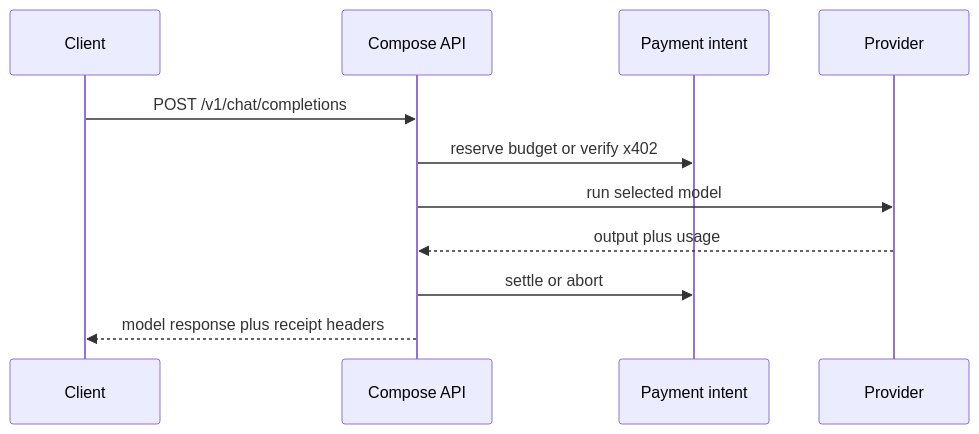
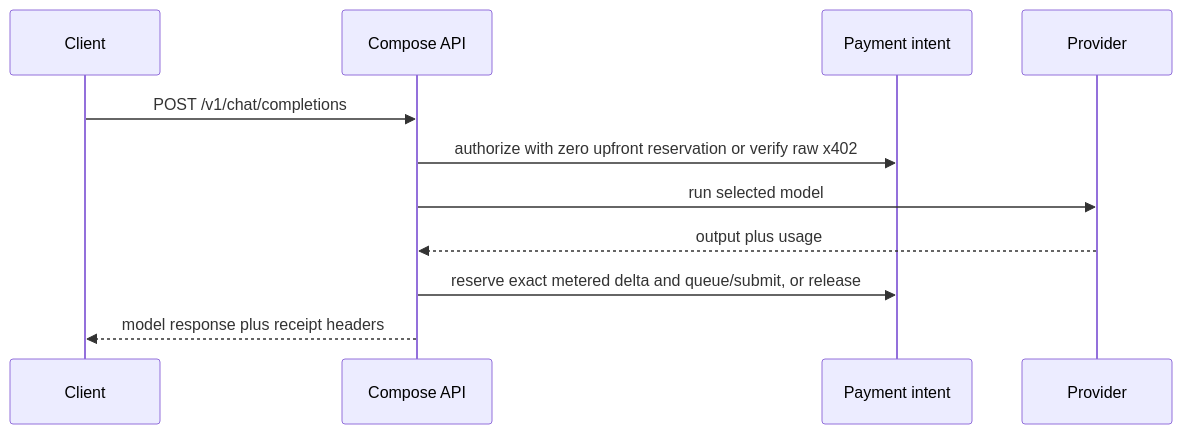
The first of 2 diagrams in x402/README.md (compose-market/api), drawn with Mermaid before and after one commit. The commit also changed other lines of this file and 22 other files, not shown here.

````diff
--- a/x402/README.md
+++ b/x402/README.md
@@ -73,14 +73,14 @@
 ```mermaid
 sequenceDiagram
   participant Client
   participant API as Compose API
   participant Pay as Payment intent
   participant Provider
 
   Client->>API: POST /v1/chat/completions
-  API->>Pay: reserve budget or verify x402
+  API->>Pay: authorize with zero upfront reservation or verify raw x402
   API->>Provider: run selected model
   Provider-->>API: output plus usage
-  API->>Pay: settle or abort
+  API->>Pay: reserve exact metered delta and queue/submit, or release
   API-->>Client: model response plus receipt headers
 ```
````
